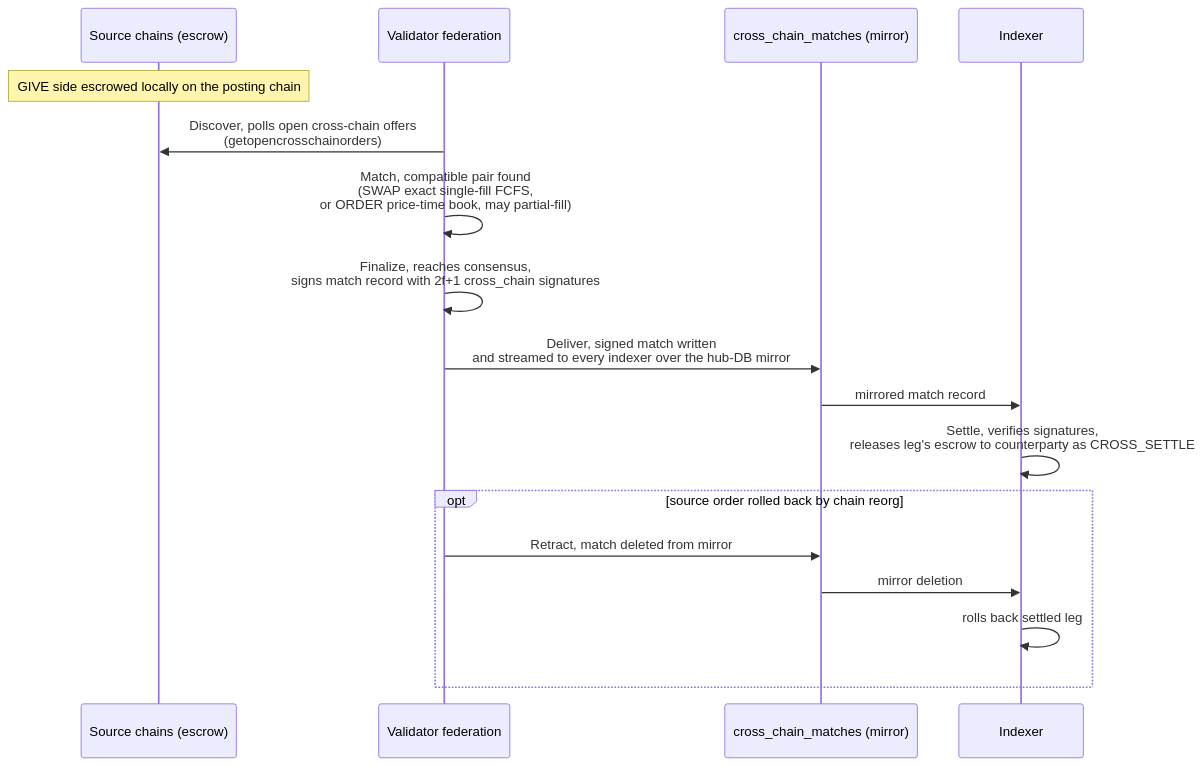
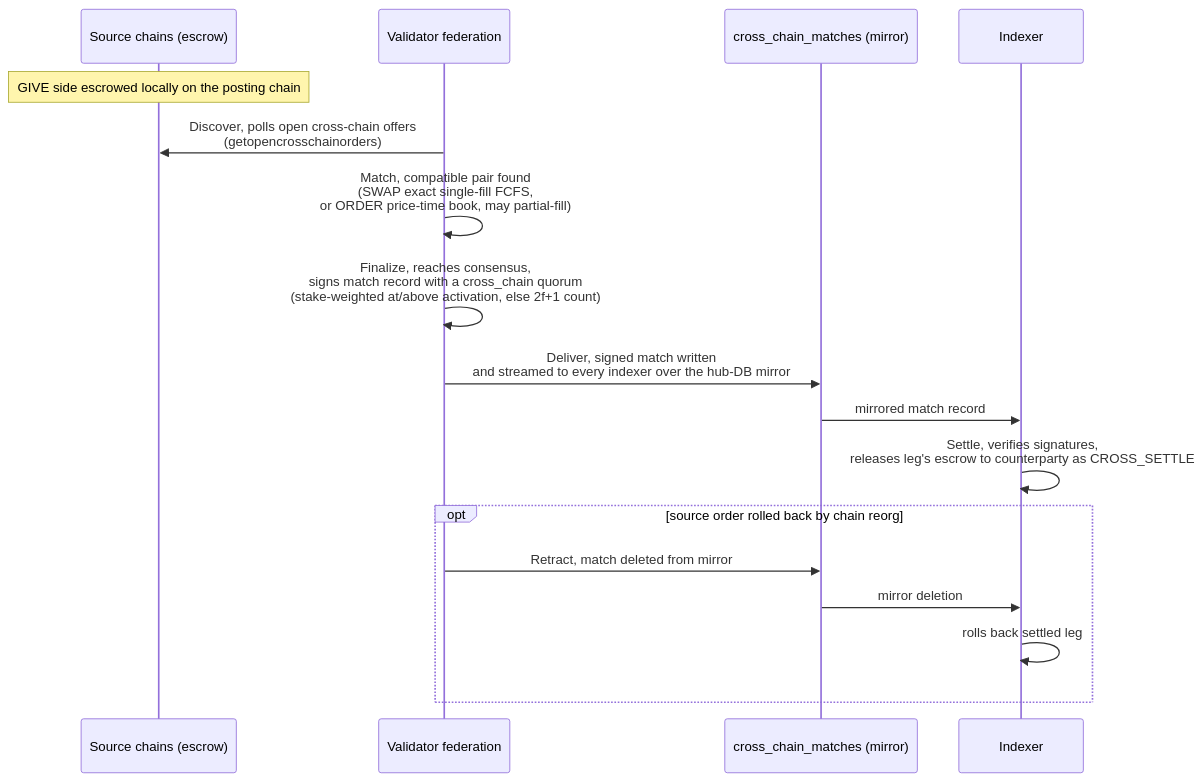
The diagram in protocol/cross-chain-dex.md (XChain-Platform/xchain-documentation), drawn with Mermaid before and after one commit. The commit also changed other lines of this file and 62 other files, not shown here.

````diff
--- a/protocol/cross-chain-dex.md
+++ b/protocol/cross-chain-dex.md
@@ -40,20 +41,20 @@
 ```mermaid
 sequenceDiagram
     participant Chain as Source chains (escrow)
     participant Federation as Validator federation
     participant Hub as cross_chain_matches (mirror)
     participant Indexer
 
     Note over Chain: GIVE side escrowed locally on the posting chain
     Federation->>Chain: Discover, polls open cross-chain offers<br>(getopencrosschainorders)
     Federation->>Federation: Match, compatible pair found<br>(SWAP exact single-fill FCFS,<br>or ORDER price-time book, may partial-fill)
-    Federation->>Federation: Finalize, reaches consensus,<br>signs match record with 2f+1 cross_chain signatures
+    Federation->>Federation: Finalize, reaches consensus,<br>signs match record with a cross_chain quorum<br>(stake-weighted at/above activation, else 2f+1 count)
     Federation->>Hub: Deliver, signed match written<br>and streamed to every indexer over the hub-DB mirror
     Hub->>Indexer: mirrored match record
     Indexer->>Indexer: Settle, verifies signatures,<br>releases leg's escrow to counterparty as CROSS_SETTLE
     opt source order rolled back by chain reorg
         Federation->>Hub: Retract, match deleted from mirror
         Hub->>Indexer: mirror deletion
         Indexer->>Indexer: rolls back settled leg
     end
 ```
````
